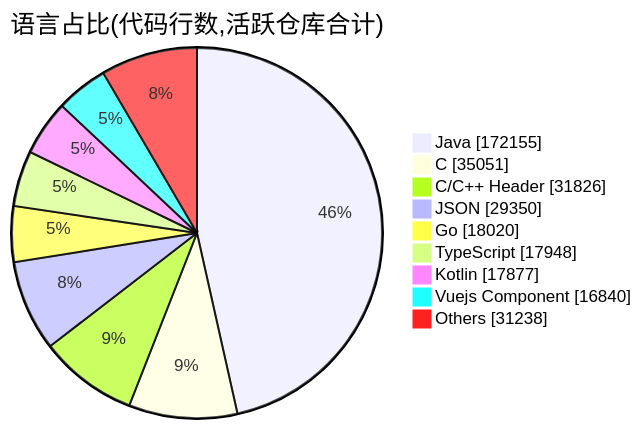
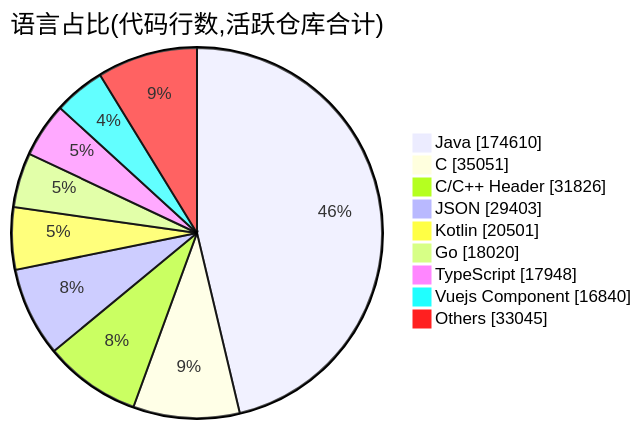
The second of 2 diagrams in profile/README.md (Conflux-Union/.github), drawn with Mermaid before and after one commit. The commit also changed other lines of this file and 1 other file, not shown here.

````diff
--- a/profile/README.md
+++ b/profile/README.md
@@ -80,13 +80,13 @@
 ```mermaid
 pie showData
     title 语言占比(代码行数,活跃仓库合计)
-    "Java" : 172155
+    "Java" : 174610
     "C" : 35051
     "C/C++ Header" : 31826
-    "JSON" : 29350
+    "JSON" : 29403
+    "Kotlin" : 20501
     "Go" : 18020
     "TypeScript" : 17948
-    "Kotlin" : 17877
     "Vuejs Component" : 16840
-    "Others" : 31238
+    "Others" : 33045
 ```
````
